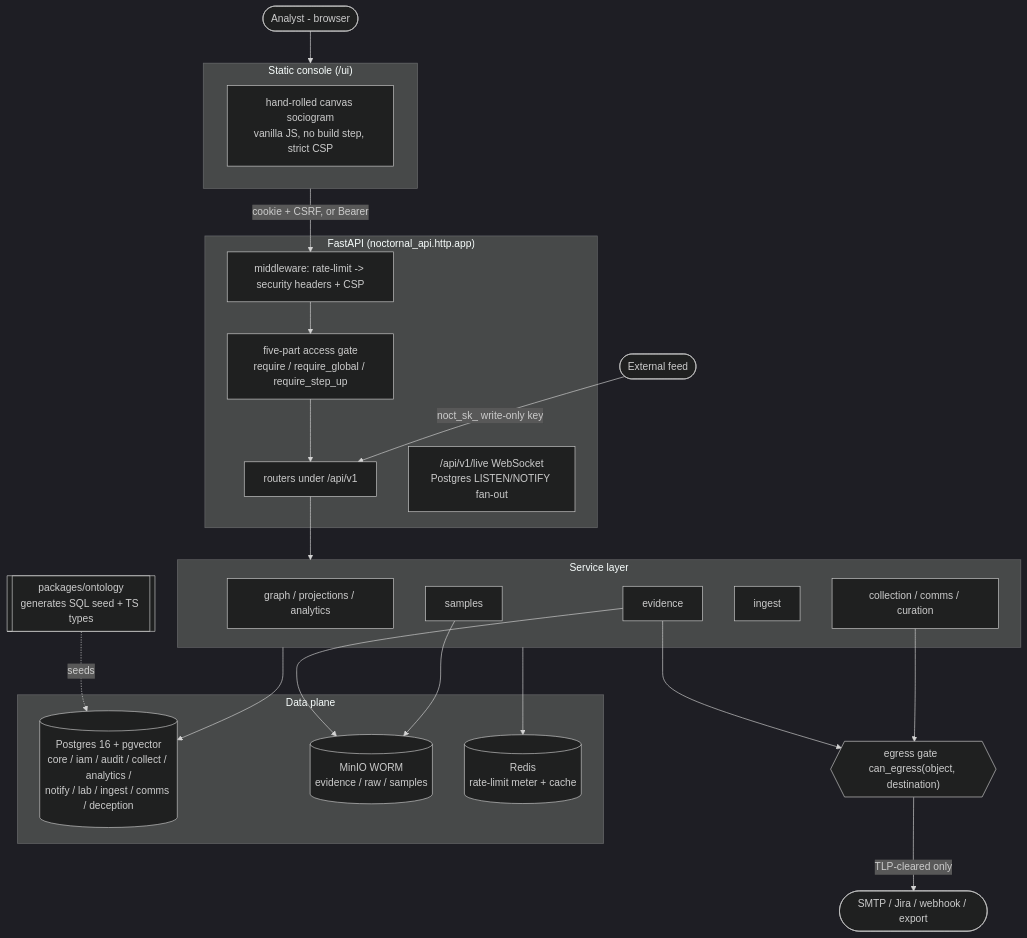
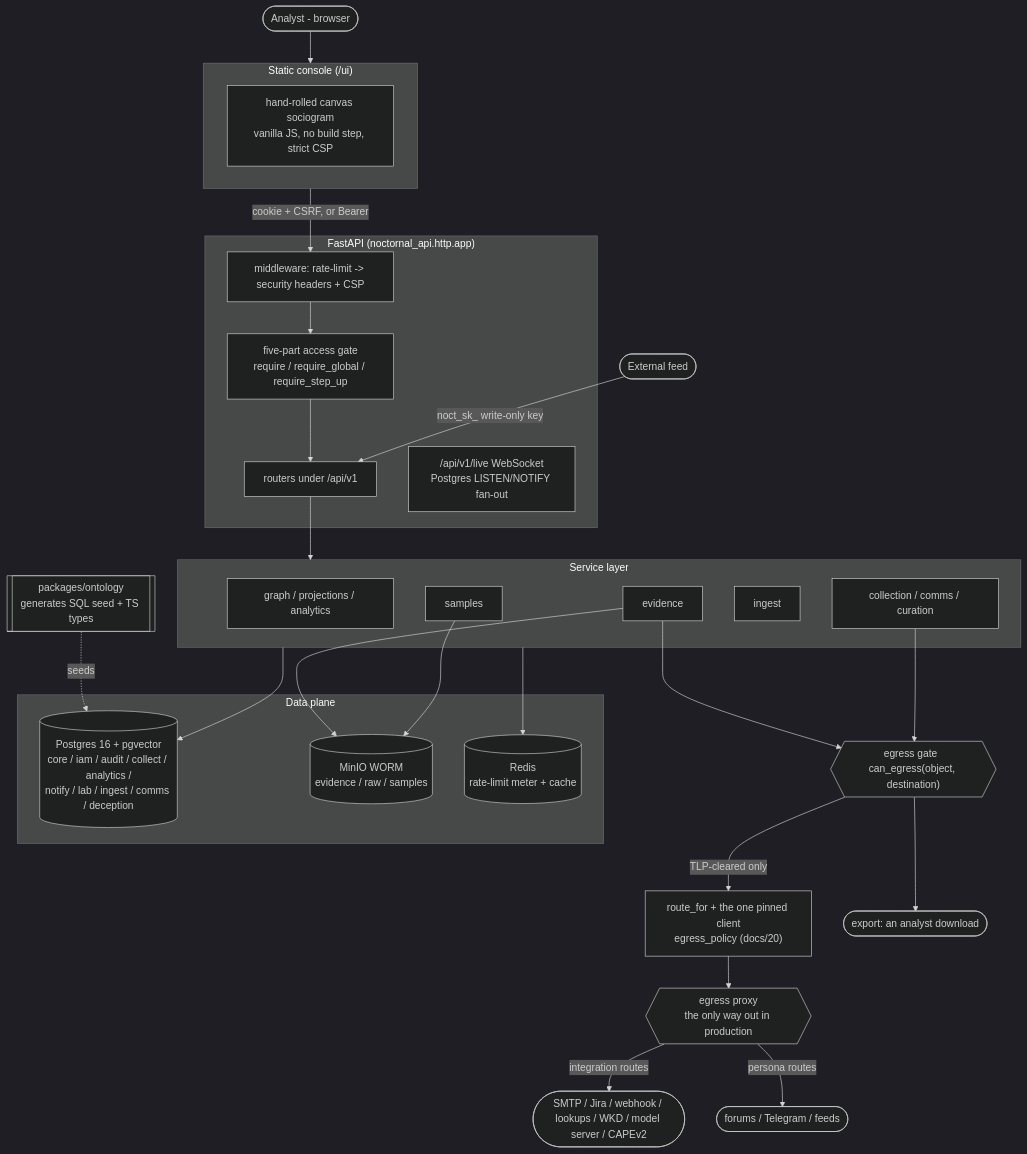
The diagram in ARCHITECTURE.md (dboudreau00/NocTORnal), drawn with Mermaid (dark theme) before and after one commit. The commit also changed other lines of this file and 555 other files, not shown here.

First line of the commit message:
Roadmap F1 to F15, L1 to L6, the egress proxy and row-level security

````diff
--- a/ARCHITECTURE.md
+++ b/ARCHITECTURE.md
@@ -57,48 +59,56 @@
 ```mermaid
 flowchart TB
   Analyst([Analyst - browser])
   Feed([External feed])
 
   subgraph UI["Static console  (/ui)"]
     Canvas["hand-rolled canvas sociogram<br/>vanilla JS, no build step, strict CSP"]
   end
 
   subgraph API["FastAPI  (noctornal_api.http.app)"]
     MW["middleware: rate-limit -> security headers + CSP"]
     GATE["five-part access gate<br/>require / require_global / require_step_up"]
     R["routers under /api/v1"]
     WS["/api/v1/live WebSocket<br/>Postgres LISTEN/NOTIFY fan-out"]
     MW --> GATE --> R
   end
 
   subgraph SVC["Service layer"]
     G["graph / projections / analytics"]
     E["evidence"]
     S["samples"]
     I["ingest"]
     CO["collection / comms / curation"]
   end
 
   subgraph DATA["Data plane"]
     PG[("Postgres 16 + pgvector<br/>core / iam / audit / collect / analytics /<br/>notify / lab / ingest / comms / deception")]
     OBJ[("MinIO WORM<br/>evidence / raw / samples")]
     RED[("Redis<br/>rate-limit meter + cache")]
   end
 
   ONT[["packages/ontology<br/>generates SQL seed + TS types"]]
   EG{{"egress gate  can_egress(object, destination)"}}
-  OUT([SMTP / Jira / webhook / export])
+  RT["route_for + the one pinned client<br/>egress_policy (docs/20)"]
+  PX{{"egress proxy<br/>the only way out in production"}}
+  OUT([SMTP / Jira / webhook / lookups / WKD / model server / CAPEv2])
+  SITES([forums / Telegram / feeds])
+  EXP([export: an analyst download])
 
   Analyst --> UI
   UI -->|"cookie + CSRF, or Bearer"| MW
   Feed -->|"noct_sk_ write-only key"| R
   R --> SVC
   SVC --> PG
   E --> OBJ
   S --> OBJ
   SVC --> RED
   ONT -.seeds.-> PG
   E --> EG
   CO --> EG
-  EG -->|"TLP-cleared only"| OUT
+  EG -->|"TLP-cleared only"| RT
+  EG --> EXP
+  RT --> PX
+  PX -->|"integration routes"| OUT
+  PX -->|"persona routes"| SITES
 ```
````
